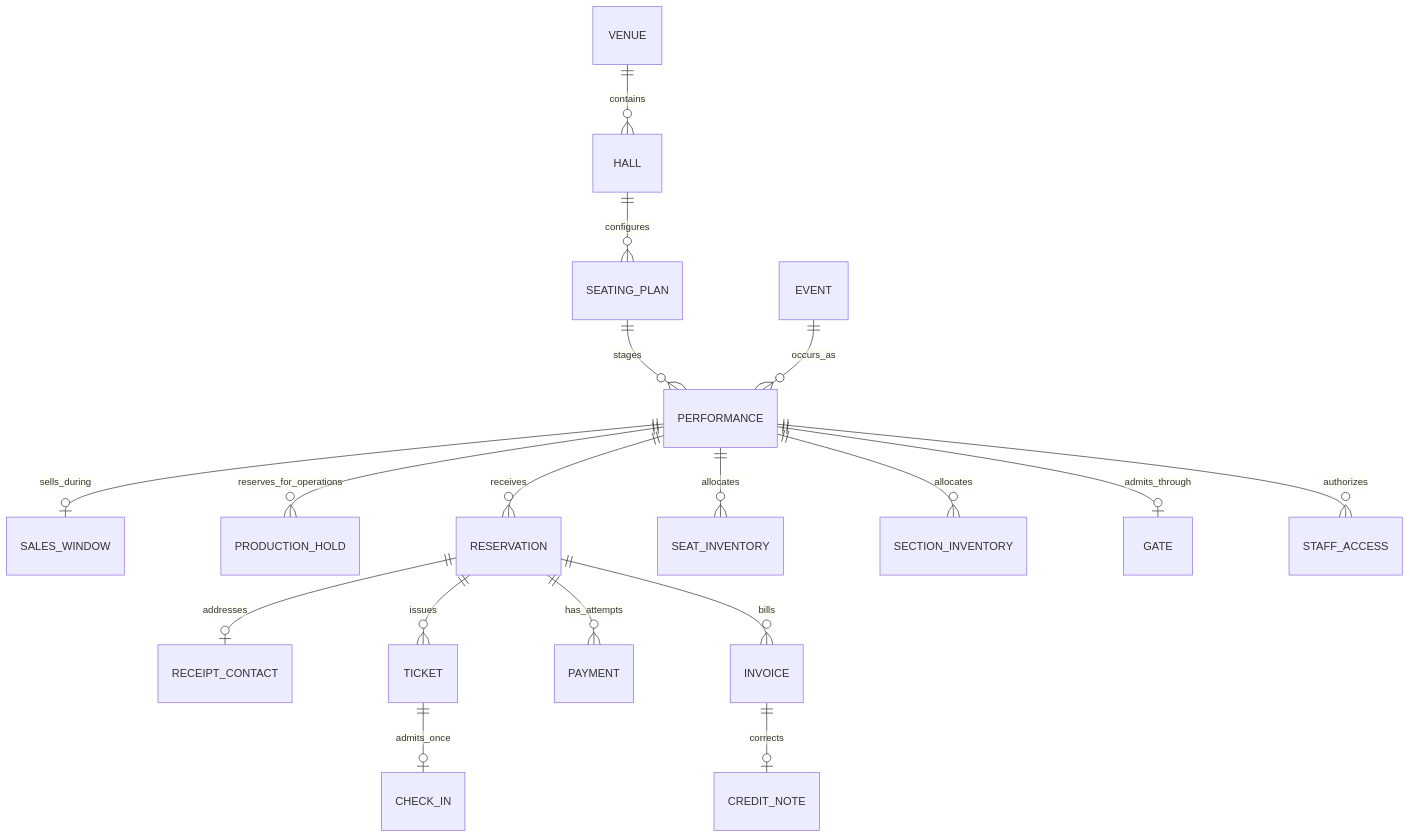
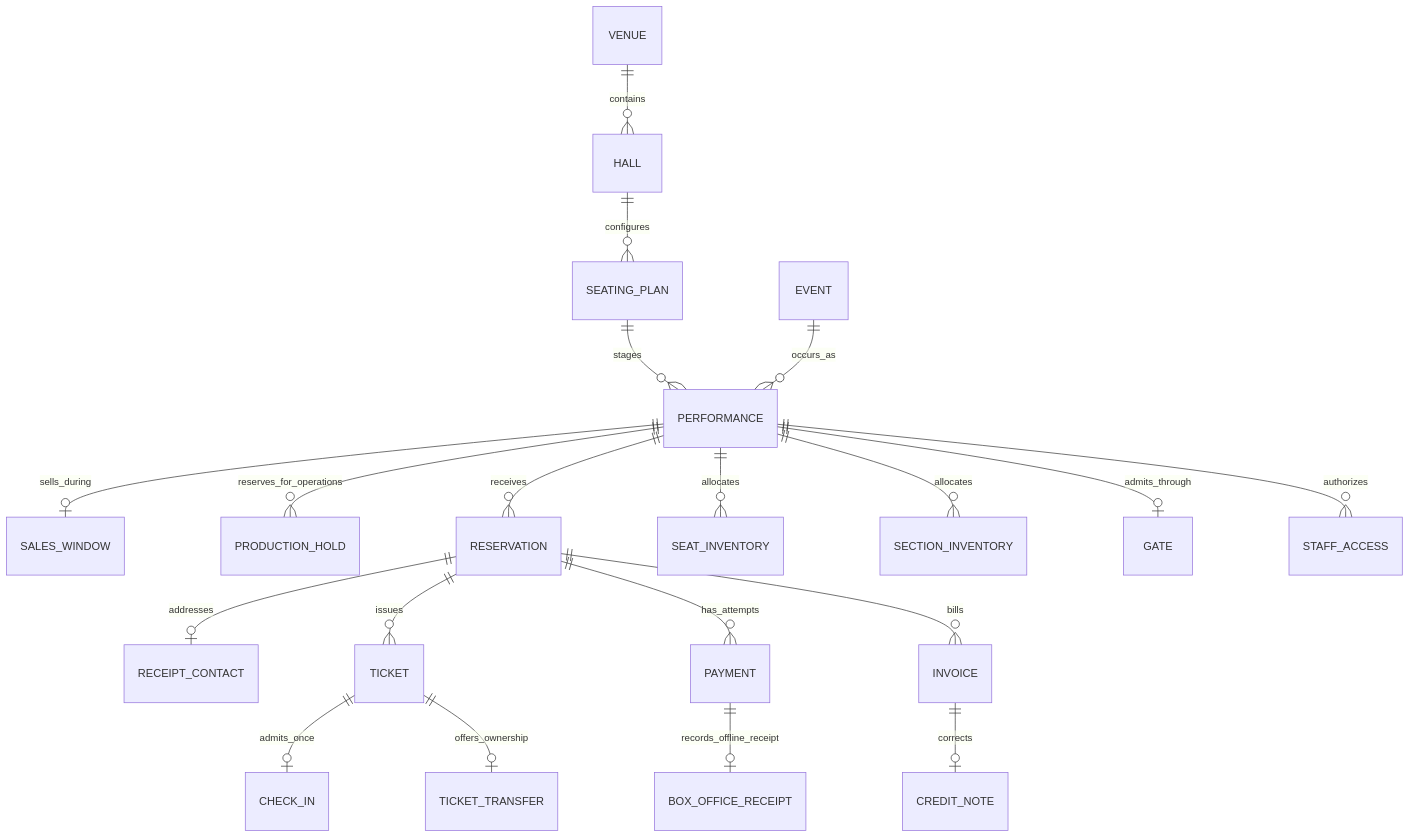
One commit to fluxzero-io/fluxzero-sample-ticketing changed the diagram in docs/model.md. Above: the diagram before and after it, drawn with Mermaid. The commit also changed other lines of this file and 35 other files, not shown here.

First line of the commit message:
feat(ticketing): add box-office sales and accepted ticket transfers

````diff
--- a/docs/model.md
+++ b/docs/model.md
@@ -3,20 +3,22 @@
 ```mermaid
 erDiagram
     VENUE ||--o{ HALL : contains
     HALL ||--o{ SEATING_PLAN : configures
     SEATING_PLAN ||--o{ PERFORMANCE : stages
     EVENT ||--o{ PERFORMANCE : occurs_as
     PERFORMANCE ||--o| SALES_WINDOW : sells_during
     PERFORMANCE ||--o{ PRODUCTION_HOLD : reserves_for_operations
     PERFORMANCE ||--o{ RESERVATION : receives
     PERFORMANCE ||--o{ SEAT_INVENTORY : allocates
     PERFORMANCE ||--o{ SECTION_INVENTORY : allocates
     PERFORMANCE ||--o| GATE : admits_through
     PERFORMANCE ||--o{ STAFF_ACCESS : authorizes
     RESERVATION ||--o| RECEIPT_CONTACT : addresses
     RESERVATION ||--o{ TICKET : issues
     TICKET ||--o| CHECK_IN : admits_once
+    TICKET ||--o| TICKET_TRANSFER : offers_ownership
+    PAYMENT ||--o| BOX_OFFICE_RECEIPT : records_offline_receipt
     RESERVATION ||--o{ PAYMENT : has_attempts
     RESERVATION ||--o{ INVOICE : bills
     INVOICE ||--o| CREDIT_NOTE : corrects
 ```
````
